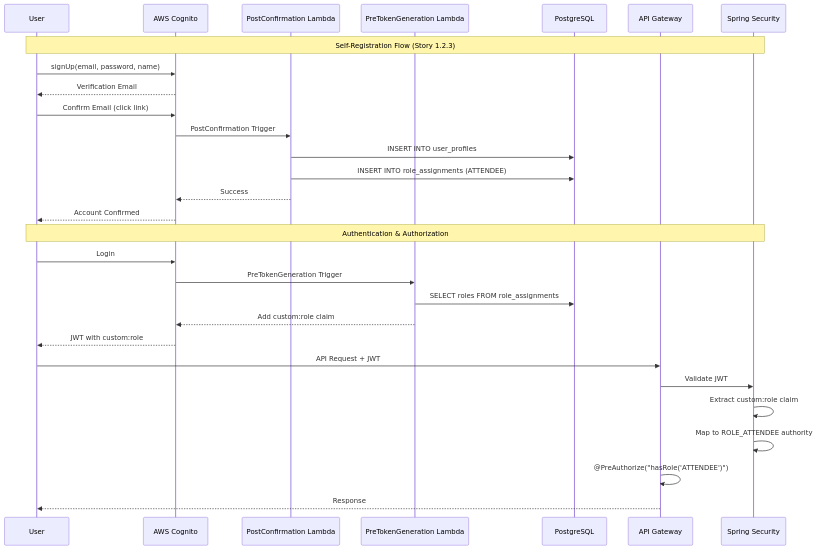
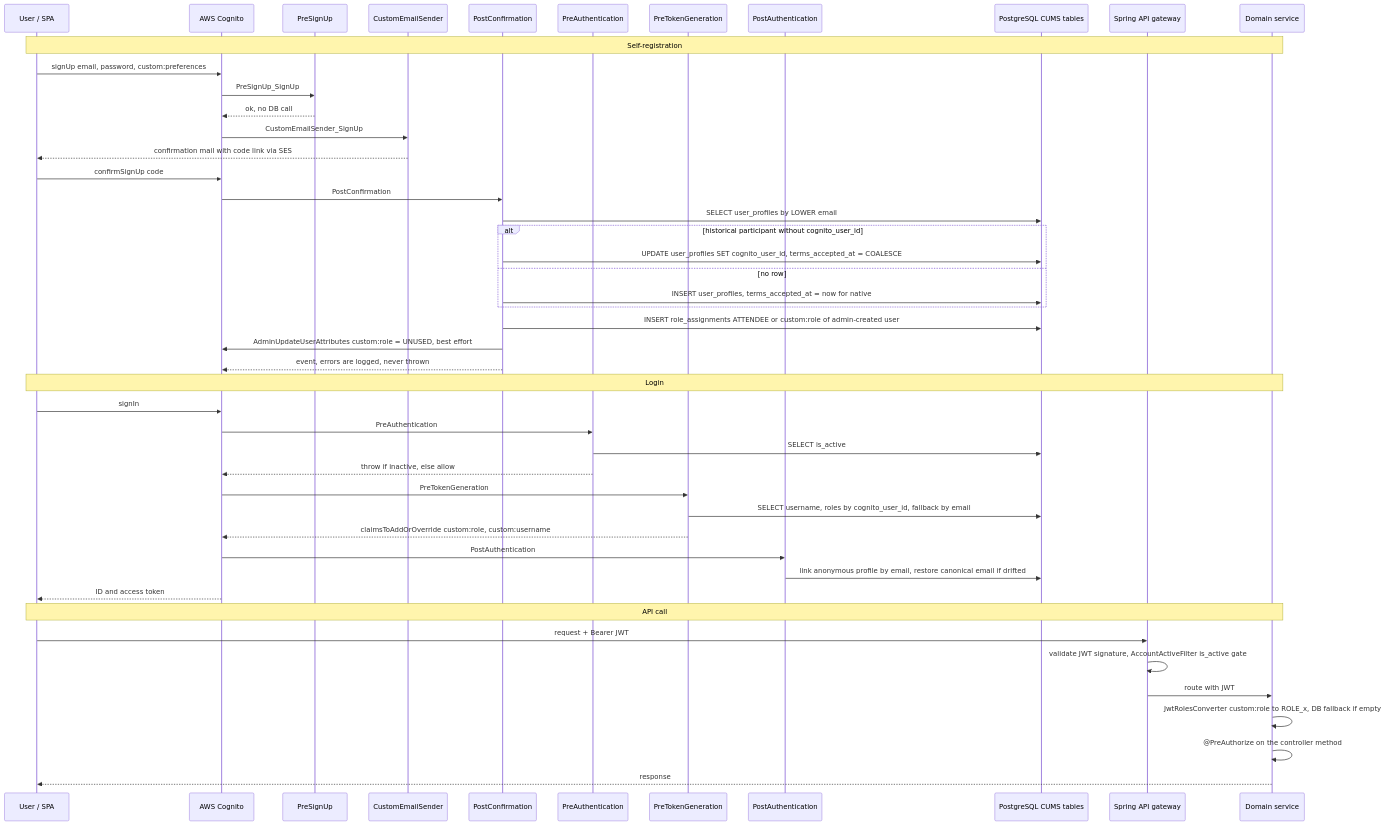
One commit to nissimbuchs/BATbern2 changed the second of 7 diagrams in docs/architecture/06b-user-lifecycle-sync.md. Above: the diagram before and after it, drawn with Mermaid. The commit also changed other lines of this file and 164 other files, not shown here.

First line of the commit message:
docs: documentation audit before BATbern60 (user guide, screenshots, PRD, architecture diagrams) (#1224)

````diff
--- a/docs/architecture/06b-user-lifecycle-sync.md
+++ b/docs/architecture/06b-user-lifecycle-sync.md
@@ -31,34 +56,52 @@
 ```mermaid
 sequenceDiagram
-    participant U as User
+    participant U as User / SPA
     participant C as AWS Cognito
-    participant PC as PostConfirmation Lambda
-    participant PT as PreTokenGeneration Lambda
-    participant DB as PostgreSQL
-    participant API as API Gateway
-    participant SS as Spring Security
+    participant PS as PreSignUp
+    participant CES as CustomEmailSender
+    participant PC as PostConfirmation
+    participant PA as PreAuthentication
+    participant PT as PreTokenGeneration
+    participant PO as PostAuthentication
+    participant DB as PostgreSQL CUMS tables
+    participant GW as Spring API gateway
+    participant SVC as Domain service
 
-    Note over U,SS: Self-Registration Flow (Story 1.2.3)
-    U->>C: signUp(email, password, name)
-    C-->>U: Verification Email
-    U->>C: Confirm Email (click link)
-    C->>PC: PostConfirmation Trigger
-    PC->>DB: INSERT INTO user_profiles
-    PC->>DB: INSERT INTO role_assignments (ATTENDEE)
-    PC-->>C: Success
-    C-->>U: Account Confirmed
+    Note over U,SVC: Self-registration
+    U->>C: signUp email, password, custom:preferences
+    C->>PS: PreSignUp_SignUp
+    PS-->>C: ok, no DB call
+    C->>CES: CustomEmailSender_SignUp
+    CES-->>U: confirmation mail with code link via SES
+    U->>C: confirmSignUp code
+    C->>PC: PostConfirmation
+    PC->>DB: SELECT user_profiles by LOWER email
+    alt historical participant without cognito_user_id
+        PC->>DB: UPDATE user_profiles SET cognito_user_id, terms_accepted_at = COALESCE
+    else no row
+        PC->>DB: INSERT user_profiles, terms_accepted_at = now for native
+    end
+    PC->>DB: INSERT role_assignments ATTENDEE or custom:role of admin-created user
+    PC->>C: AdminUpdateUserAttributes custom:role = UNUSED, best effort
+    PC-->>C: event, errors are logged, never thrown
 
-    Note over U,SS: Authentication & Authorization
-    U->>C: Login
-    C->>PT: PreTokenGeneration Trigger
-    PT->>DB: SELECT roles FROM role_assignments
-    PT-->>C: Add custom:role claim
-    C-->>U: JWT with custom:role
+    Note over U,SVC: Login
+    U->>C: signIn
+    C->>PA: PreAuthentication
+    PA->>DB: SELECT is_active
+    PA-->>C: throw if inactive, else allow
+    C->>PT: PreTokenGeneration
+    PT->>DB: SELECT username, roles by cognito_user_id, fallback by email
+    PT-->>C: claimsToAddOrOverride custom:role, custom:username
+    C->>PO: PostAuthentication
+    PO->>DB: link anonymous profile by email, restore canonical email if drifted
+    C-->>U: ID and access token
 
-    U->>API: API Request + JWT
-    API->>SS: Validate JWT
-    SS->>SS: Extract custom:role claim
-    SS->>SS: Map to ROLE_ATTENDEE authority
-    API->>API: @PreAuthorize("hasRole('ATTENDEE')")
-    API-->>U: Response
+    Note over U,SVC: API call
+    U->>GW: request + Bearer JWT
+    GW->>GW: validate JWT signature, AccountActiveFilter is_active gate
+    GW->>SVC: route with JWT
+    SVC->>SVC: JwtRolesConverter custom:role to ROLE_x, DB fallback if empty
+    SVC->>SVC: @PreAuthorize on the controller method
+    SVC-->>U: response
 ```
````
